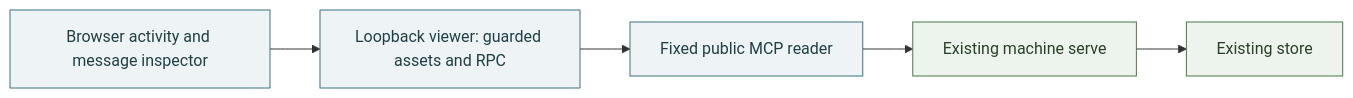
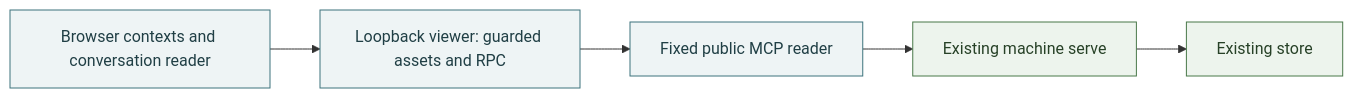
Before and after one commit to rawr-ai/agent-bus: the diagram in docs/architecture/viewer.md, drawn with Mermaid. The commit also changed other lines of this file and 23 other files, not shown here.

````diff
--- a/docs/architecture/viewer.md
+++ b/docs/architecture/viewer.md
@@ -9,11 +9,11 @@
 ```mermaid
 flowchart LR
-  Browser[Browser activity and message inspector] --> Viewer[Loopback viewer: guarded assets and RPC]
+  Browser[Browser contexts and conversation reader] --> Viewer[Loopback viewer: guarded assets and RPC]
   Viewer --> Reader[Fixed public MCP reader]
   Reader --> Serve[Existing machine serve]
   Serve --> Ledger[Existing store]
   classDef browser fill:#eef4f5,stroke:#3c737d,color:#203f45
   classDef existing fill:#edf4ed,stroke:#497849,color:#274127
   class Browser,Viewer,Reader browser
   class Serve,Ledger existing
 ```
````
